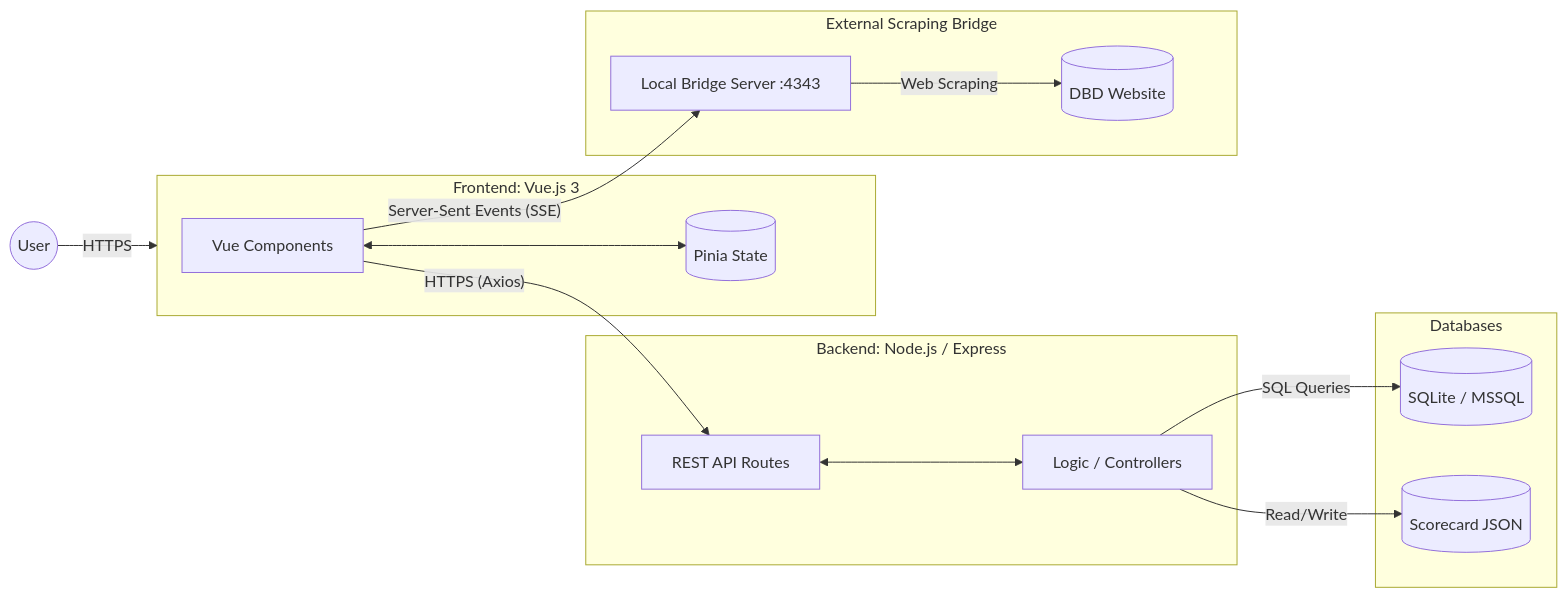
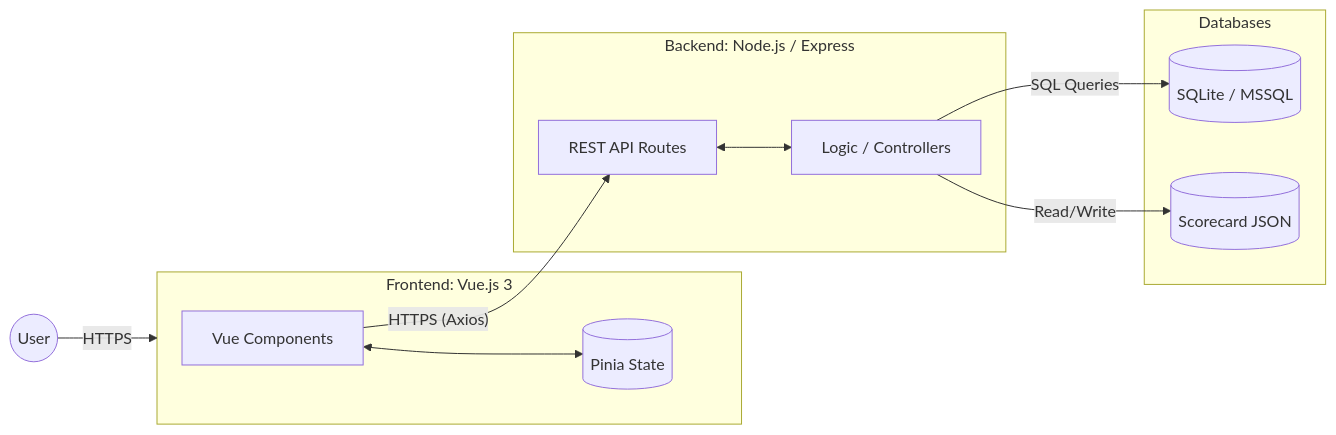
One commit to JinnawatJid/iNsightDocs changed the first of 7 diagrams in docs/presentations/01_Create_Credit_Request.md. Above: the diagram before and after it, drawn with Mermaid. The commit also changed other lines of this file, not shown here.

Commit message:
docs: update architecture diagram to remove external bridge
- Updated the Mermaid `flowchart LR` in `01_Create_Credit_Request.md` to remove the `ExternalIntegration` subgraph.
- Removed the Python Bridge Server and DBD Website nodes to simplify the high-level system architecture overview as requested by the user.

````diff
--- a/docs/presentations/01_Create_Credit_Request.md
+++ b/docs/presentations/01_Create_Credit_Request.md
@@ -22,37 +22,29 @@
 ```mermaid
 flowchart LR
     %% Entities
     User((User))
 
     %% Containers
     subgraph Frontend [Frontend: Vue.js 3]
         UI[Vue Components]
         Store[(Pinia State)]
         UI <--> Store
     end
 
     subgraph Backend [Backend: Node.js / Express]
         API[REST API Routes]
         Controllers[Logic / Controllers]
         API <--> Controllers
     end
 
     subgraph DatabaseLayer [Databases]
         DB[(SQLite / MSSQL)]
         JSONFiles[(Scorecard JSON)]
     end
 
-    subgraph ExternalIntegration [External Scraping Bridge]
-        PythonBridge[Local Bridge Server :4343]
-        DBD[(DBD Website)]
-    end
-
     %% Connections
     User -- "HTTPS" --> Frontend
     UI -- "HTTPS (Axios)" --> API
     Controllers -- "SQL Queries" --> DB
     Controllers -- "Read/Write" --> JSONFiles
-
-    UI -- "Server-Sent Events (SSE)" --> PythonBridge
-    PythonBridge -- "Web Scraping" --> DBD
 ```
````
